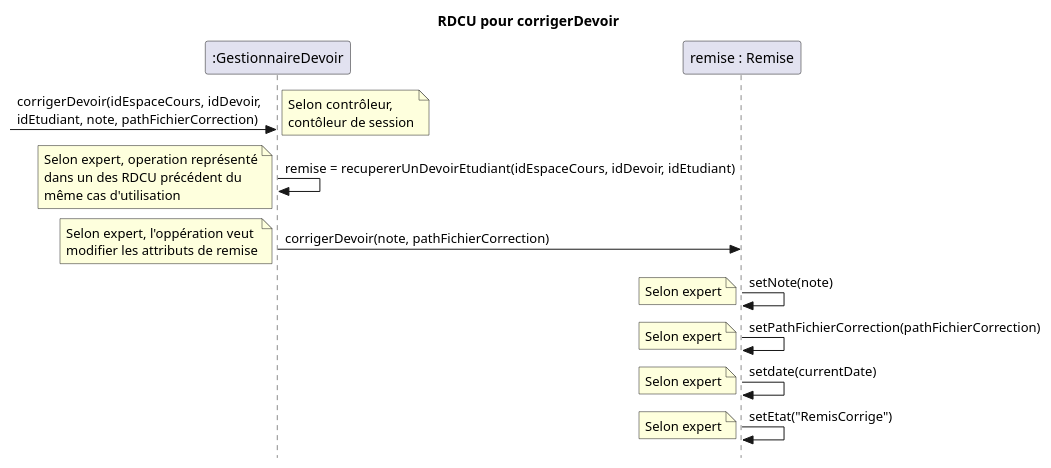
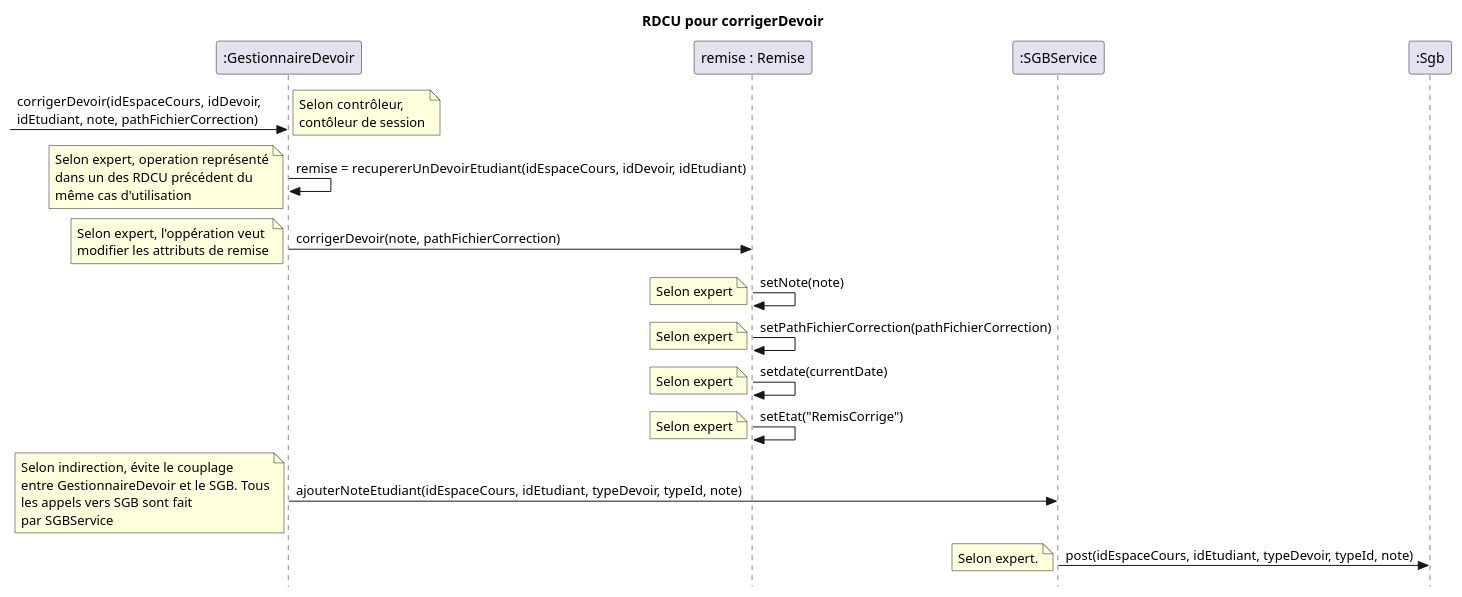
Before and after one commit to nerdz88/SGA-TS: the fourth of 6 diagrams in docs/CorrigerDevoir/RDCU_corrigerDevoir.puml, drawn with PlantUML. The commit also changed other lines of this file and 10 other files, not shown here.

```diff
--- a/docs/CorrigerDevoir/RDCU_corrigerDevoir.puml
+++ b/docs/CorrigerDevoir/RDCU_corrigerDevoir.puml
@@ -76,22 +77,29 @@
 @startuml corrigerDevoir
 skinparam style strictuml
 skinparam defaultfontname Verdana
 title RDCU pour corrigerDevoir
 participant ":GestionnaireDevoir" as gestionnaireDevoir
 participant "remise : Remise" as remise
+participant ":SGBService" as service
+participant ":Sgb" as sgb
 
 -> gestionnaireDevoir : corrigerDevoir(idEspaceCours, idDevoir,\nidEtudiant, note, pathFichierCorrection)
 note left : Selon contrôleur,\ncontôleur de session
 gestionnaireDevoir -> gestionnaireDevoir : remise = recupererUnDevoirEtudiant(idEspaceCours, idDevoir, idEtudiant)
 note left : Selon expert, operation représenté\ndans un des RDCU précédent du\nmême cas d'utilisation
 gestionnaireDevoir -> remise : corrigerDevoir(note, pathFichierCorrection)
 note left : Selon expert, l'oppération veut\nmodifier les attributs de remise
 remise -> remise : setNote(note)
 note left : Selon expert
 remise -> remise : setPathFichierCorrection(pathFichierCorrection)
 note left : Selon expert
 remise -> remise : setdate(currentDate)
 note left : Selon expert
 remise -> remise : setEtat("RemisCorrige")
 note left : Selon expert
+
+gestionnaireDevoir -> service : ajouterNoteEtudiant(idEspaceCours, idEtudiant, typeDevoir, typeId, note)
+note left : Selon indirection, évite le couplage\nentre GestionnaireDevoir et le SGB. Tous\nles appels vers SGB sont fait\npar SGBService
+service -> sgb : post(idEspaceCours, idEtudiant, typeDevoir, typeId, note)
+note left : Selon expert.
 @enduml
```
